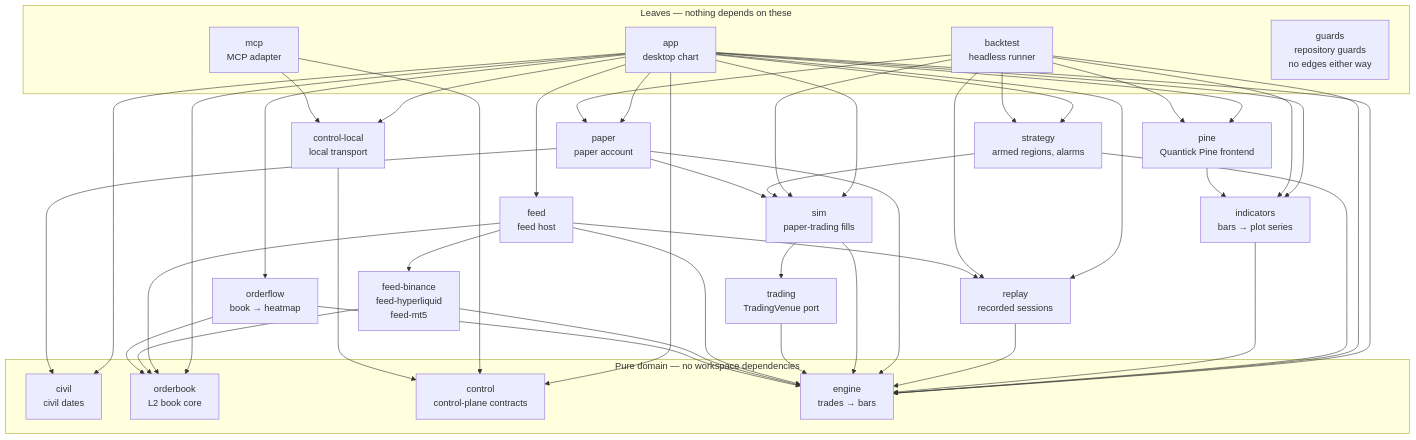
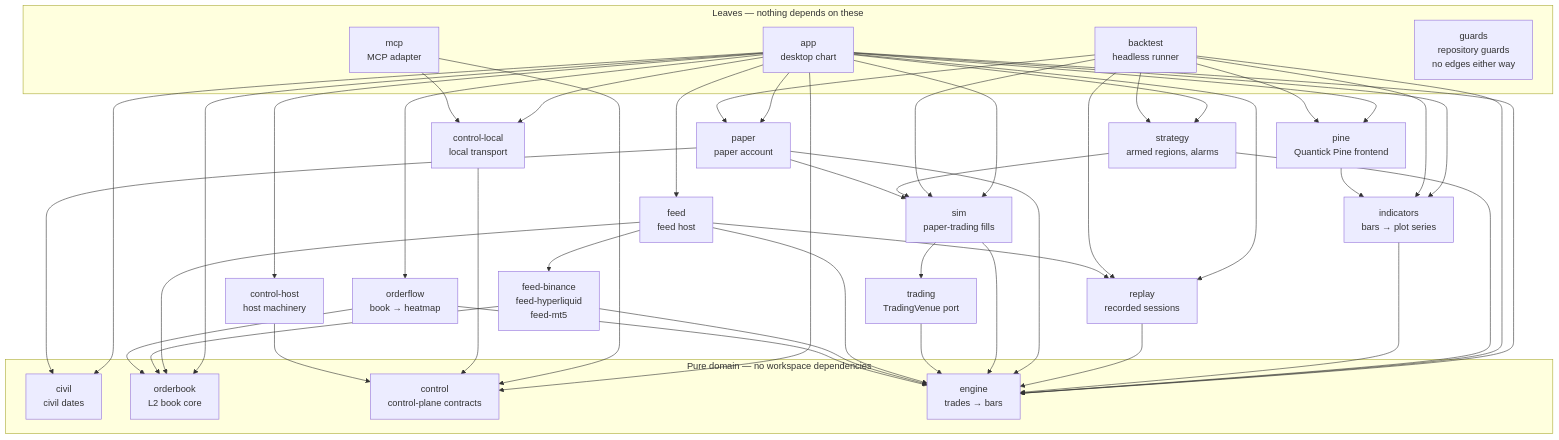
The diagram in AGENTS.md (milocaetano/quantick), drawn with Mermaid before and after one commit. The commit also changed other lines of this file and 21 other files, not shown here.

First line of the commit message:
refactor(control): move the UI-free host core into quantick-control-host

````diff
--- a/AGENTS.md
+++ b/AGENTS.md
@@ -108,60 +107,62 @@
 ```mermaid
 graph TD
   subgraph leaves["Leaves — nothing depends on these"]
     app["app<br/>desktop chart"]
     backtest["backtest<br/>headless runner"]
     mcp["mcp<br/>MCP adapter"]
     guards["guards<br/>repository guards<br/>no edges either way"]
   end
 
   app --> pine
   app --> indicators
   app --> strategy
   app --> sim
   app --> paper
   app --> civil
   app --> replay
   app --> orderbook
   app --> orderflow
   app --> feed
   app --> control
   app --> controllocal
+  app --> controlhost
   app --> engine
   backtest --> strategy
   backtest --> pine
   backtest --> indicators
   backtest --> replay
   backtest --> sim
   backtest --> paper
   backtest --> engine
   mcp --> controllocal
   mcp --> control
 
   pine["pine<br/>Quantick Pine frontend"] --> indicators
   strategy["strategy<br/>armed regions, alarms"] --> sim
   strategy --> engine
   controllocal["control-local<br/>local transport"] --> control
+  controlhost["control-host<br/>host machinery"] --> control
   indicators["indicators<br/>bars → plot series"] --> engine
   replay["replay<br/>recorded sessions"] --> engine
   paper["paper<br/>paper account"] --> sim
   paper --> engine
   paper --> civil
   sim["sim<br/>paper-trading fills"] --> trading
   sim --> engine
   trading["trading<br/>TradingVenue port"] --> engine
   feed["feed<br/>feed host"] --> feeds
   feed --> replay
   feed --> orderbook
   feed --> engine
   feeds["feed-binance<br/>feed-hyperliquid<br/>feed-mt5"] --> engine
   feeds --> orderbook
   orderflow["orderflow<br/>book → heatmap"] --> engine
   orderflow --> orderbook
 
   subgraph pure["Pure domain — no workspace dependencies"]
     engine["engine<br/>trades → bars"]
     orderbook["orderbook<br/>L2 book core"]
     control["control<br/>control-plane contracts"]
     civil["civil<br/>civil dates"]
   end
 ```
````
